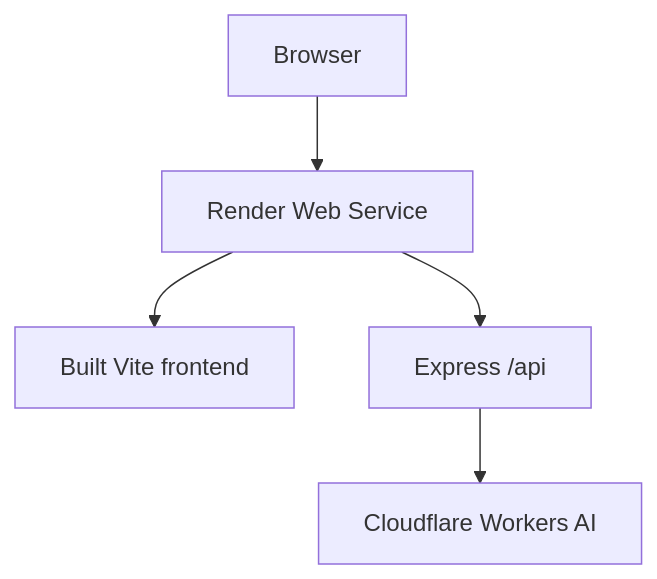
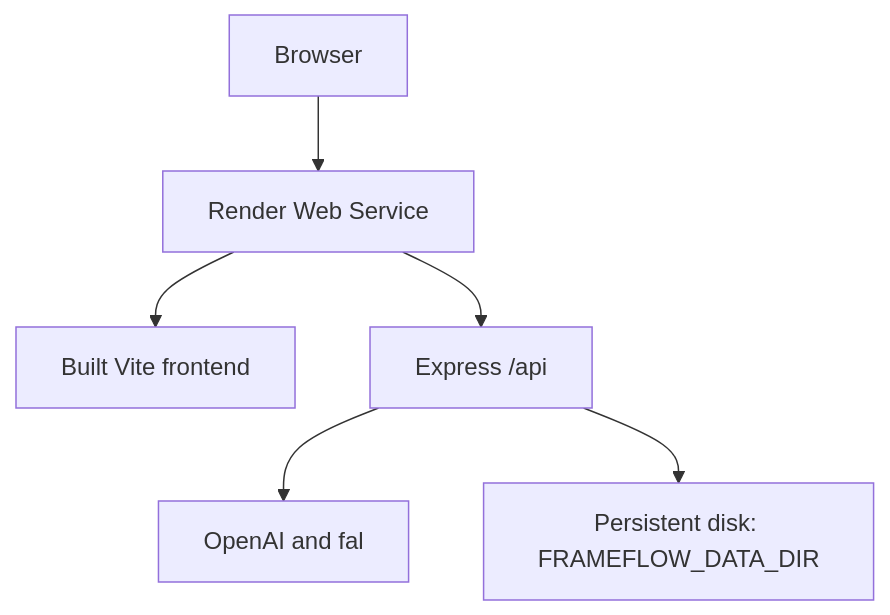
Before and after one commit to rohitpokhariya10/PL-Testing: the sixth of 6 diagrams in README.md, drawn with Mermaid. The commit also changed other lines of this file and 18 other files, not shown here.

````diff
--- a/README.md
+++ b/README.md
@@ -461,7 +461,8 @@
 ```mermaid
 flowchart TD
     Browser[Browser] --> Render[Render Web Service]
     Render --> Frontend[Built Vite frontend]
     Render --> API[Express /api]
-    API --> CF[Cloudflare Workers AI]
+    API --> AI[OpenAI and fal]
+    API --> Disk[Persistent disk: FRAMEFLOW_DATA_DIR]
 ```
````
